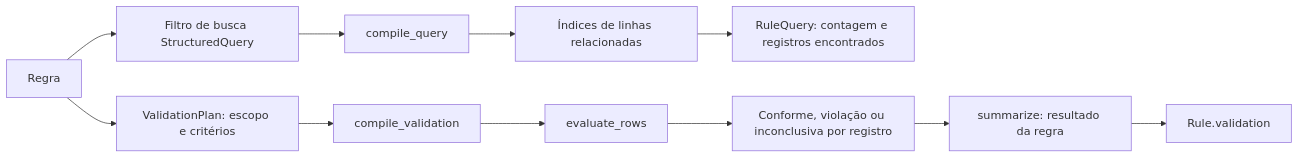
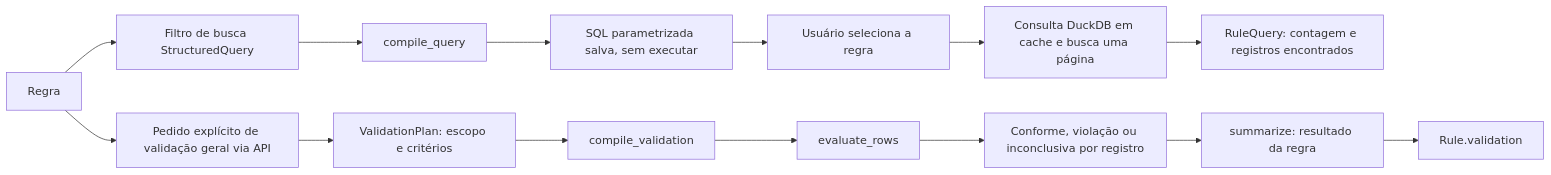
The fifth of 8 diagrams in docs/fluxos.md (brunpena/ic-grifo), drawn with Mermaid before and after one commit. The commit also changed other lines of this file and 5 other files, not shown here.

````diff
--- a/docs/fluxos.md
+++ b/docs/fluxos.md
@@ -141,13 +141,16 @@
 ```mermaid
 flowchart LR
     R["Regra"] --> Q["Filtro de busca StructuredQuery"]
     Q --> CQ["compile_query"]
-    CQ --> LIN["Índices de linhas relacionadas"]
+    CQ --> SQL["SQL parametrizada salva, sem executar"]
+    SQL --> CLICK["Usuário seleciona a regra"]
+    CLICK --> LIN["Consulta DuckDB em cache e busca uma página"]
     LIN --> BUSCA["RuleQuery: contagem e registros encontrados"]
-    R --> PL["ValidationPlan: escopo e critérios"]
+    R --> EX["Pedido explícito de validação geral via API"]
+    EX --> PL["ValidationPlan: escopo e critérios"]
     PL --> CV["compile_validation"]
     CV --> EV["evaluate_rows"]
     EV --> RES["Conforme, violação ou inconclusiva por registro"]
     RES --> SOMA["summarize: resultado da regra"]
     SOMA --> JSON["Rule.validation"]
 ```
````
